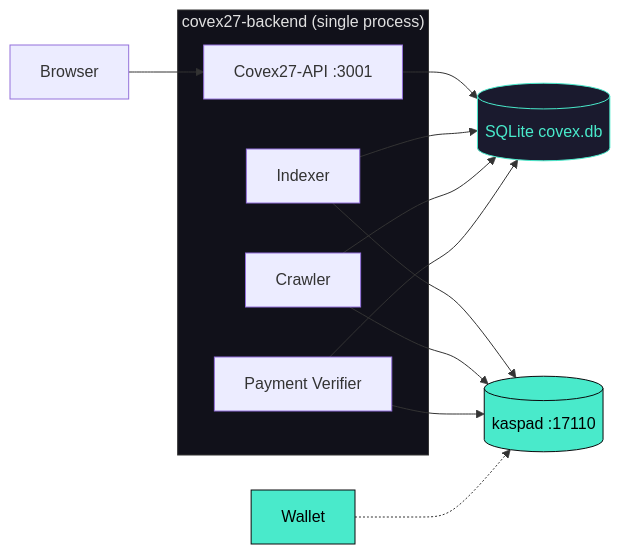
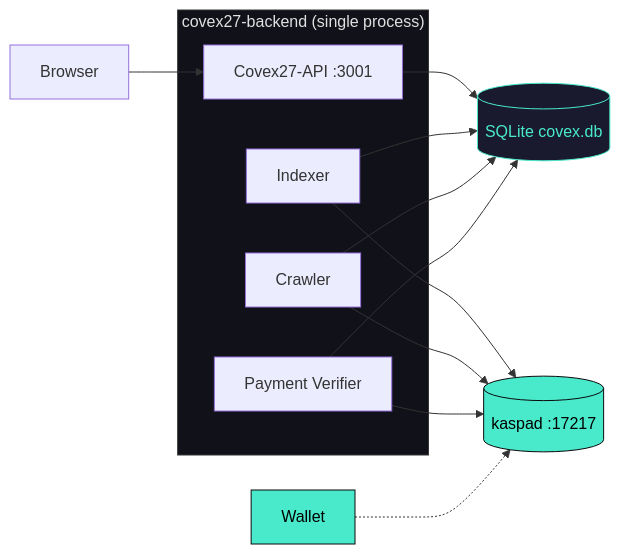
Before and after one commit to THTProtocol/Covex27: the first of 2 diagrams in README.md, drawn with Mermaid. The commit also changed other lines of this file and 7 other files, not shown here.

````diff
--- a/README.md
+++ b/README.md
@@ -57,27 +57,27 @@
 ```mermaid
 graph LR
     Browser[Browser] --> Backend[Covex27-API :3001]
     Backend --> DB[("SQLite covex.db")]
 
-    Indexer[Indexer] --> Kaspa[("kaspad :17110")]
+    Indexer[Indexer] --> Kaspa[("kaspad :17217")]
     Crawler[Crawler] --> Kaspa
     Verifier[Payment Verifier] --> Kaspa
 
     Indexer --> DB
     Crawler --> DB
     Verifier --> DB
 
     Wallet[Wallet] -.-> Kaspa
 
     subgraph Process["covex27-backend (single process)"]
         Backend
         Indexer
         Crawler
         Verifier
     end
 
     style Kaspa fill:#49EACB,stroke:#0A0A0D,color:#000
     style Wallet fill:#49EACB,stroke:#0A0A0D,color:#000
     style DB fill:#1A1A2E,stroke:#49EACB,color:#49EACB
     style Process fill:#11111A,stroke:#333,color:#E0E0E0
 ```
````
